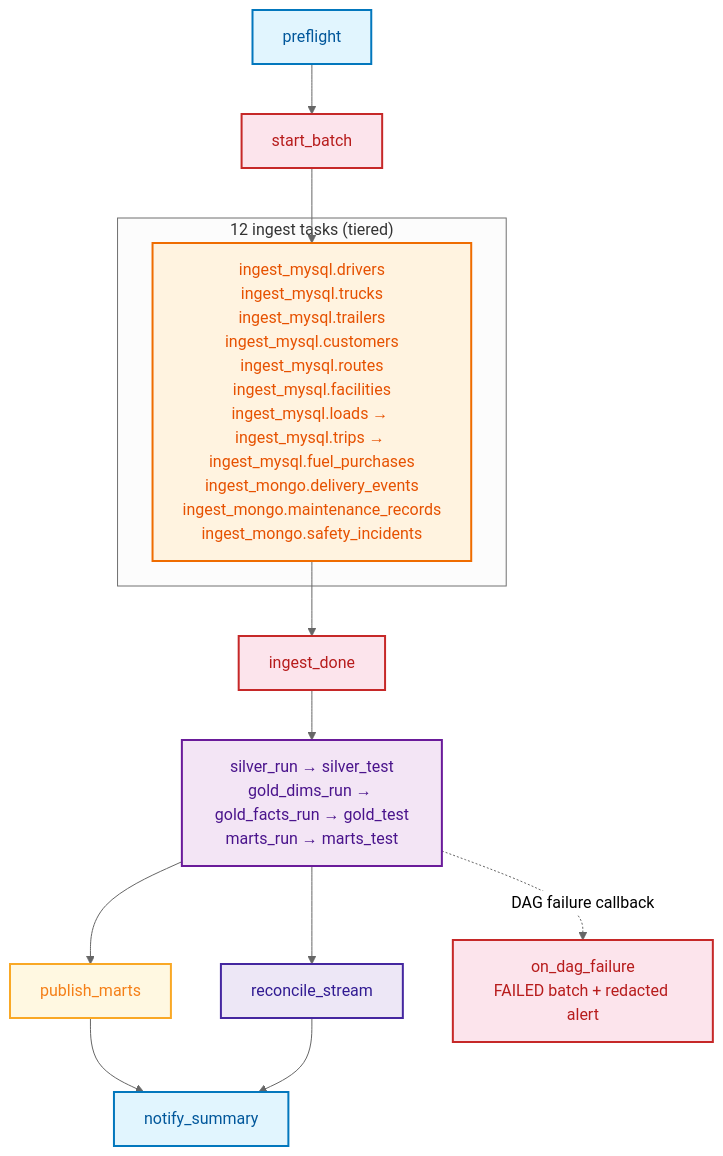
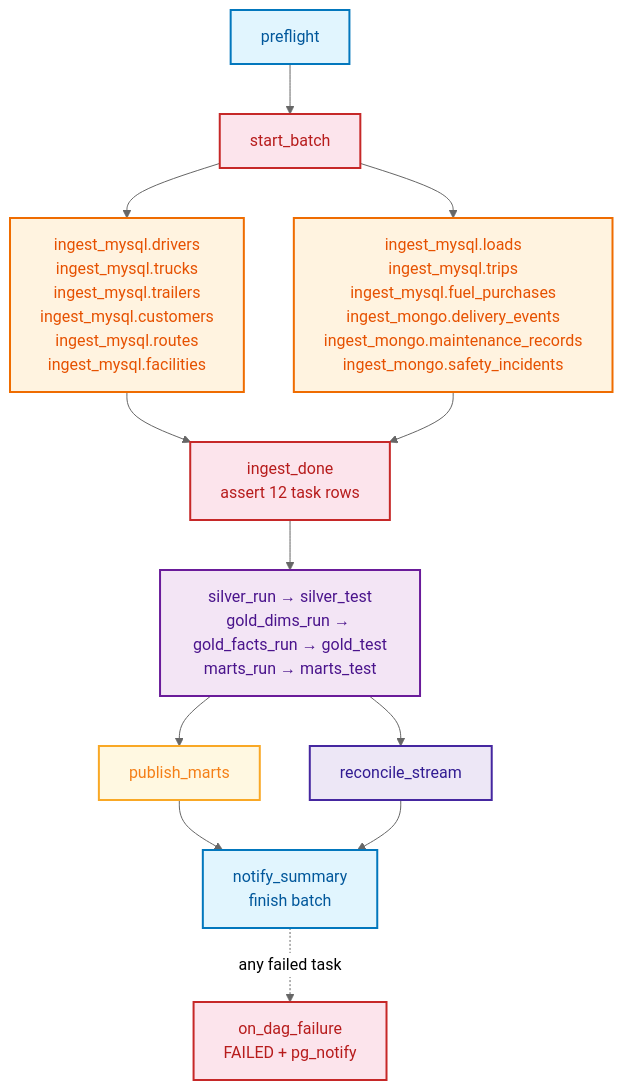
One commit to Nitinx12/Fleet-dbt-warehouse changed the second of 2 diagrams in README.md. Above: the diagram before and after it, drawn with Mermaid (neutral theme). The commit also changed other lines of this file and 2 other files, not shown here.

Commit message:
docs(readme): fix figures and daily run flow

````diff
--- a/README.md
+++ b/README.md
@@ -114,26 +117,28 @@
 ```mermaid
 flowchart TD
-  classDef orch fill:#e1f5fe,stroke:#0277bd,stroke-width:2px,color:#01579b
+  classDef orchestration fill:#e1f5fe,stroke:#0277bd,stroke-width:2px,color:#01579b
+  classDef control fill:#fce4ec,stroke:#c62828,stroke-width:2px,color:#b71c1c
   classDef bronze fill:#fff3e0,stroke:#ef6c00,stroke-width:2px,color:#e65100
   classDef silver fill:#f3e5f5,stroke:#6a1b9a,stroke-width:2px,color:#4a148c
   classDef bi fill:#fff8e1,stroke:#f9a825,stroke-width:2px,color:#f57f17
-  classDef ctrl fill:#fce4ec,stroke:#c62828,stroke-width:2px,color:#b71c1c
   classDef speed fill:#ede7f6,stroke:#4527a0,stroke-width:2px,color:#311b92
-  PF["preflight"]:::orch
-  SB["start_batch"]:::ctrl
-  subgraph ingest["12 ingest tasks (tiered)"]
-    ING["ingest_mysql.drivers<br/>ingest_mysql.trucks<br/>ingest_mysql.trailers<br/>ingest_mysql.customers<br/>ingest_mysql.routes<br/>ingest_mysql.facilities<br/>ingest_mysql.loads → ingest_mysql.trips → ingest_mysql.fuel_purchases<br/>ingest_mongo.delivery_events<br/>ingest_mongo.maintenance_records<br/>ingest_mongo.safety_incidents"]:::bronze
-  end
-  ID["ingest_done"]:::ctrl
+
+  PF["preflight"]:::orchestration
+  SB["start_batch"]:::control
+  ING["ingest_mysql.drivers<br/>ingest_mysql.trucks<br/>ingest_mysql.trailers<br/>ingest_mysql.customers<br/>ingest_mysql.routes<br/>ingest_mysql.facilities"]:::bronze
+  ING2["ingest_mysql.loads<br/>ingest_mysql.trips<br/>ingest_mysql.fuel_purchases<br/>ingest_mongo.delivery_events<br/>ingest_mongo.maintenance_records<br/>ingest_mongo.safety_incidents"]:::bronze
+  ID["ingest_done<br/>assert 12 task rows"]:::control
   DBT["silver_run → silver_test<br/>gold_dims_run → gold_facts_run → gold_test<br/>marts_run → marts_test"]:::silver
   PUB["publish_marts"]:::bi
   REC["reconcile_stream"]:::speed
-  NS["notify_summary"]:::orch
-  FAIL["on_dag_failure<br/>FAILED batch + redacted alert"]:::ctrl
+  NS["notify_summary<br/>finish batch"]:::orchestration
+  FAIL["on_dag_failure<br/>FAILED + pg_notify"]:::control
+
   PF --> SB
-  SB --> ING --> ID
+  SB --> ING & ING2
+  ING & ING2 --> ID
   ID --> DBT
-  DBT --> PUB --> NS
-  DBT --> REC --> NS
-  DBT -. "DAG failure callback" .-> FAIL
+  DBT --> PUB & REC
+  PUB & REC --> NS
+  NS -. "any failed task" .-> FAIL
 ```
````
